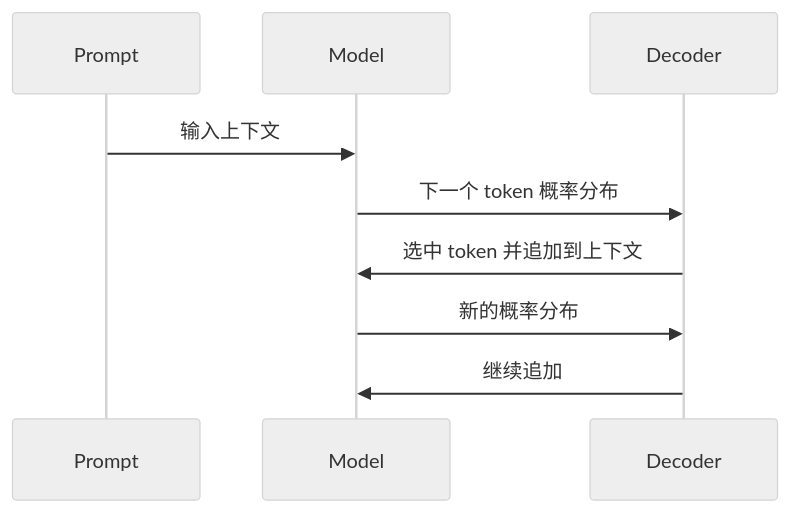
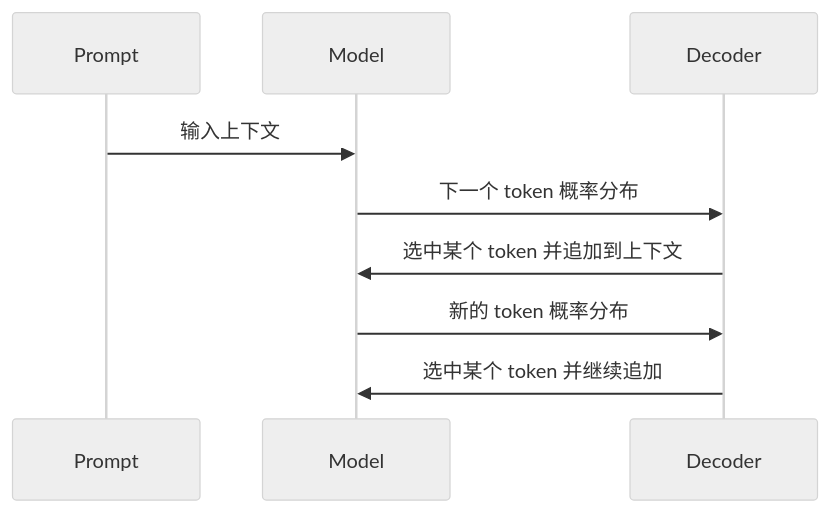
The second of 2 diagrams in docs/knowledge/llm-basics/Token与概率.md (dukai289/AI-Basecamp), drawn with Mermaid (neutral theme) before and after one commit. The commit also changed other lines of this file and 5 other files, not shown here.

````diff
--- a/docs/knowledge/llm-basics/Token与概率.md
+++ b/docs/knowledge/llm-basics/Token与概率.md
@@ -242,12 +242,12 @@
 ```mermaid
 sequenceDiagram
     participant U as Prompt
     participant M as Model
     participant D as Decoder
 
     U->>M: 输入上下文
     M->>D: 下一个 token 概率分布
-    D->>M: 选中 token 并追加到上下文
-    M->>D: 新的概率分布
-    D->>M: 继续追加
+    D->>M: 选中某个 token 并追加到上下文
+    M->>D: 新的 token 概率分布
+    D->>M: 选中某个 token 并继续追加
 ```
````
